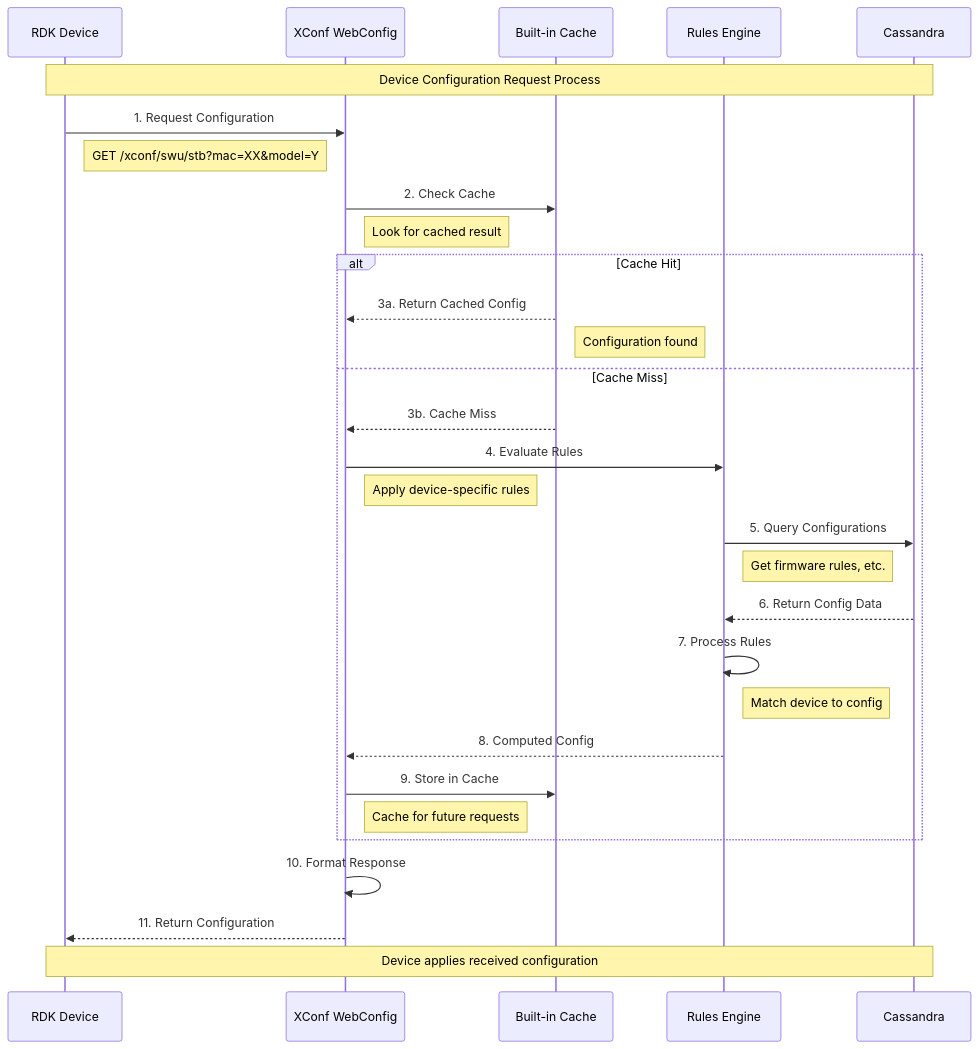
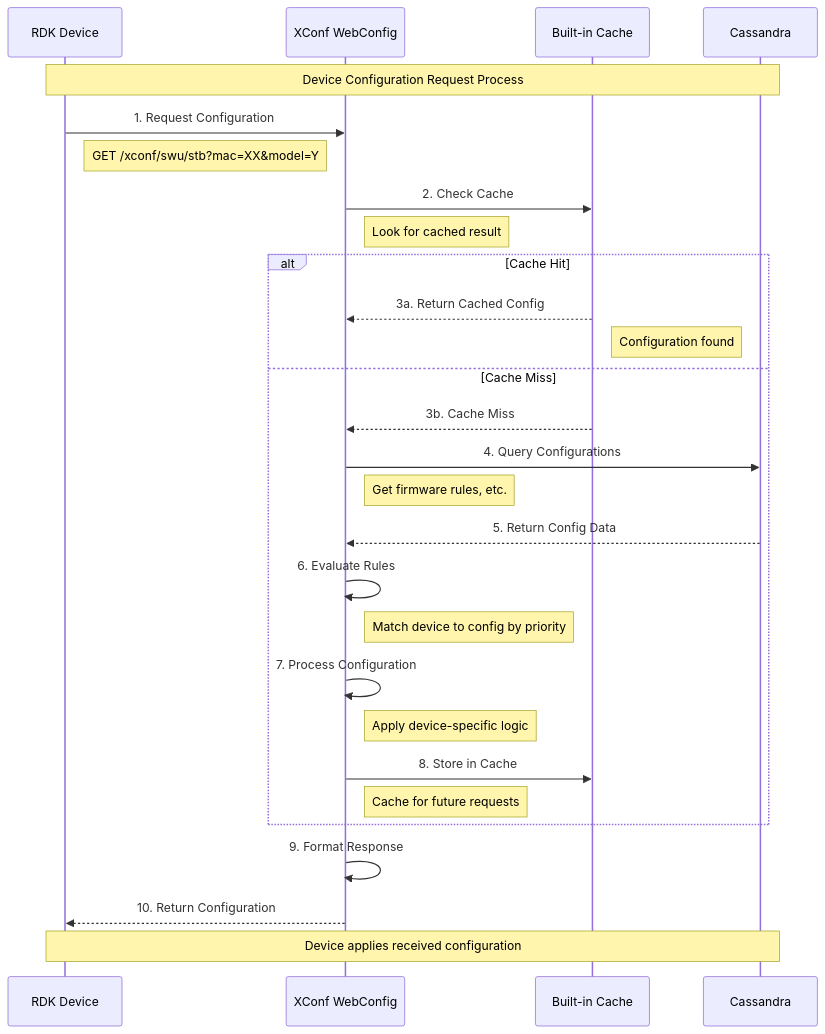
One commit to rdkcentral/xconfadmin changed the fourth of 7 diagrams in docs/architecture.md. Above: the diagram before and after it, drawn with Mermaid. The commit also changed other lines of this file, not shown here.

````diff
--- a/docs/architecture.md
+++ b/docs/architecture.md
@@ -123,44 +123,41 @@
 ```mermaid
 sequenceDiagram
     participant Device as RDK Device
     participant WebConfig as XConf WebConfig
     participant Cache as Built-in Cache
-    participant Rules as Rules Engine
     participant DB as Cassandra
     
     Note over Device,DB: Device Configuration Request Process
     
     Device->>WebConfig: 1. Request Configuration
     Note right of Device: GET /xconf/swu/stb?mac=XX&model=Y
     
     WebConfig->>Cache: 2. Check Cache
     Note right of WebConfig: Look for cached result
     
     alt Cache Hit
         Cache-->>WebConfig: 3a. Return Cached Config
         Note right of Cache: Configuration found
     else Cache Miss
         Cache-->>WebConfig: 3b. Cache Miss
         
-        WebConfig->>Rules: 4. Evaluate Rules
-        Note right of WebConfig: Apply device-specific rules
+        WebConfig->>DB: 4. Query Configurations
+        Note right of WebConfig: Get firmware rules, etc.
         
-        Rules->>DB: 5. Query Configurations
-        Note right of Rules: Get firmware rules, etc.
+        DB-->>WebConfig: 5. Return Config Data
         
-        DB-->>Rules: 6. Return Config Data
+        WebConfig->>WebConfig: 6. Evaluate Rules
+        Note right of WebConfig: Match device to config by priority
         
-        Rules->>Rules: 7. Process Rules
-        Note right of Rules: Match device to config
+        WebConfig->>WebConfig: 7. Process Configuration
+        Note right of WebConfig: Apply device-specific logic
         
-        Rules-->>WebConfig: 8. Computed Config
-        
-        WebConfig->>Cache: 9. Store in Cache
+        WebConfig->>Cache: 8. Store in Cache
         Note right of WebConfig: Cache for future requests
     end
     
-    WebConfig->>WebConfig: 10. Format Response
-    WebConfig-->>Device: 11. Return Configuration
+    WebConfig->>WebConfig: 9. Format Response
+    WebConfig-->>Device: 10. Return Configuration
     
     Note over Device,DB: Device applies received configuration
 ```
````
